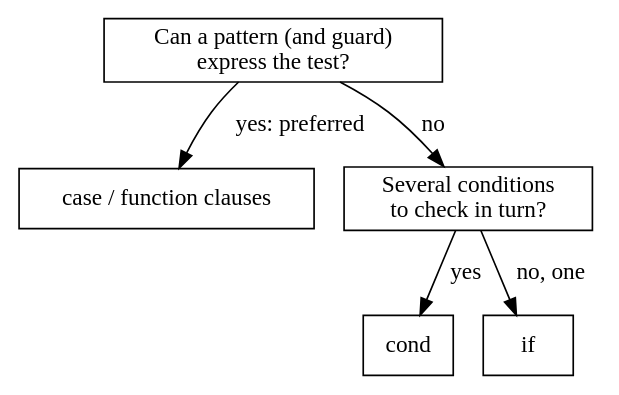
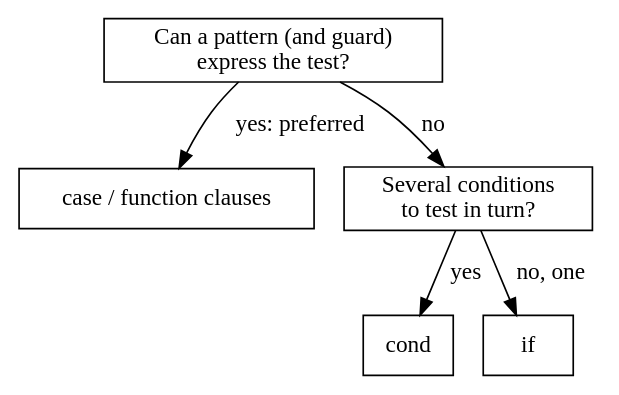
One commit to danceinthefake/visualixir changed the diagram in docs/diagrams/case-cond-and-if/choose.dot. Above: the diagram before and after it, drawn with Graphviz. The commit also changed 59 other files, not shown here.

First line of the commit message:
Apply ASD-STE100 to interface text and diagram labels

```diff
--- a/docs/diagrams/case-cond-and-if/choose.dot
+++ b/docs/diagrams/case-cond-and-if/choose.dot
@@ -1,12 +1,12 @@
 digraph choose {
   node [shape=box]
   q1 [label="Can a pattern (and guard)\nexpress the test?"]
   case [label="case / function clauses" class=hl]
-  q2 [label="Several conditions\nto check in turn?"]
+  q2 [label="Several conditions\nto test in turn?"]
   cond [label="cond" class=hl]
   if [label="if" class=hl]
   q1 -> case [label=" yes: preferred"]
   q1 -> q2 [label=" no"]
   q2 -> cond [label=" yes"]
   q2 -> if [label=" no, one"]
 }
```
